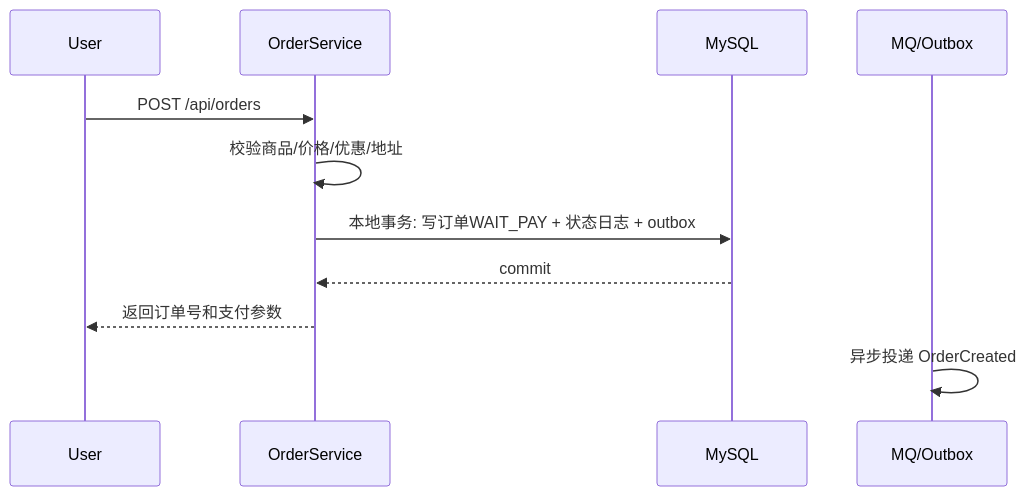
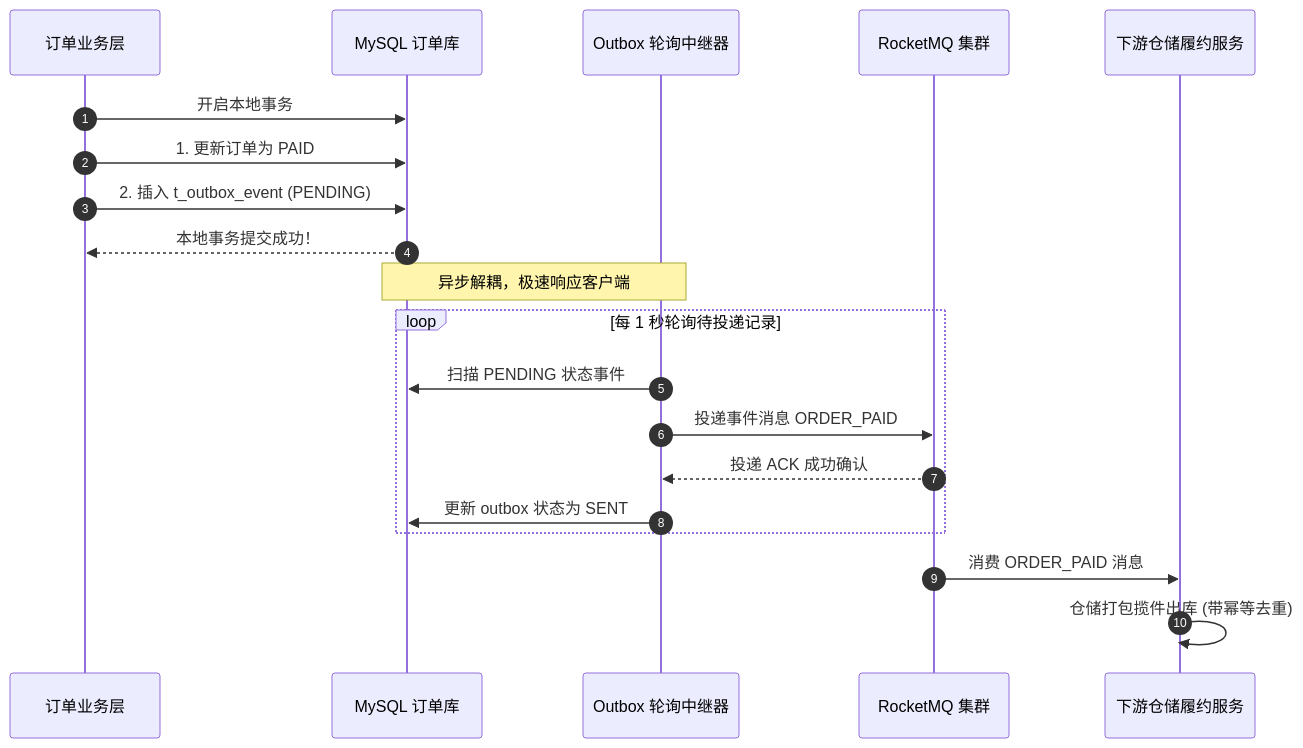
Before and after one commit to GuoWWWX/knowledge-base: the second of 3 diagrams in 20-Java后端/09-项目实战/03-项目-订单履约系统.md, drawn with Mermaid. The commit also changed other lines of this file and 214 other files, not shown here.

````diff
--- a/20-Java后端/09-项目实战/03-项目-订单履约系统.md
+++ b/20-Java后端/09-项目实战/03-项目-订单履约系统.md
@@ -138,14 +202,25 @@
 ```mermaid
 sequenceDiagram
-    participant U as User
-    participant O as OrderService
-    participant DB as MySQL
-    participant M as MQ/Outbox
+    autonumber
+    participant Biz as 订单业务层
+    participant DB as MySQL 订单库
+    participant Relay as Outbox 轮询中继器
+    participant MQ as RocketMQ 集群
+    participant StockSvc as 下游仓储履约服务
 
-    U->>O: POST /api/orders
-    O->>O: 校验商品/价格/优惠/地址
-    O->>DB: 本地事务: 写订单WAIT_PAY + 状态日志 + outbox
-    DB-->>O: commit
-    O-->>U: 返回订单号和支付参数
-    M->>M: 异步投递 OrderCreated
+    Biz->>DB: 开启本地事务
+    Biz->>DB: 1. 更新订单为 PAID
+    Biz->>DB: 2. 插入 t_outbox_event (PENDING)
+    DB-->>Biz: 本地事务提交成功！
+
+    Note over Relay,DB: 异步解耦，极速响应客户端
+    loop 每 1 秒轮询待投递记录
+        Relay->>DB: 扫描 PENDING 状态事件
+        Relay->>MQ: 投递事件消息 ORDER_PAID
+        MQ-->>Relay: 投递 ACK 成功确认
+        Relay->>DB: 更新 outbox 状态为 SENT
+    end
+
+    MQ->>StockSvc: 消费 ORDER_PAID 消息
+    StockSvc->>StockSvc: 仓储打包揽件出库 (带幂等去重)
 ```
````
